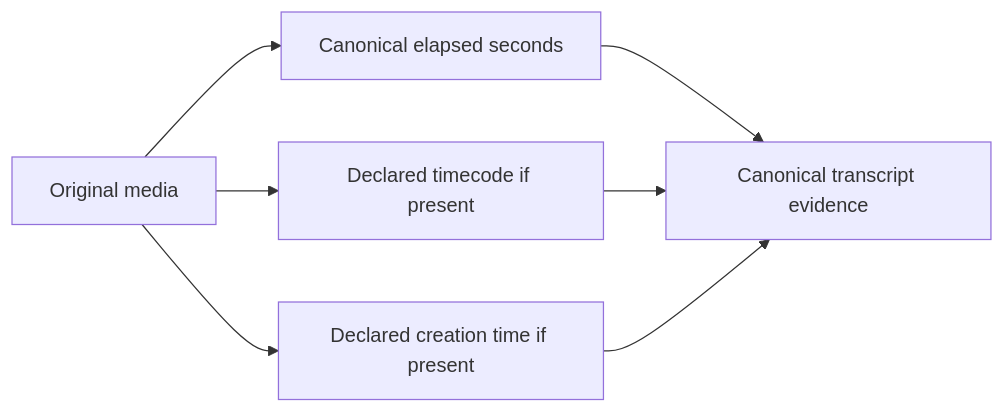
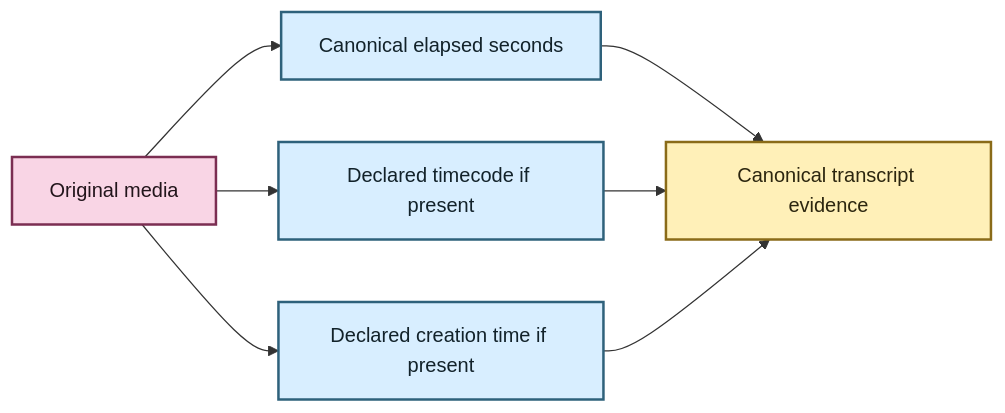
One commit to SSD1805/EchoFlow changed the second of 2 diagrams in docs/time-navigation.md. Above: the diagram before and after it, drawn with Mermaid. The commit also changed other lines of this file, not shown here.

Commit message:
docs: refresh timeline guide for evidence cursor

````diff
--- a/docs/time-navigation.md
+++ b/docs/time-navigation.md
@@ -163,9 +162,17 @@
 ```mermaid
 flowchart LR
     A[Original media] --> B[Canonical elapsed seconds]
     A --> C[Declared timecode if present]
     A --> D[Declared creation time if present]
     B --> E[Canonical transcript evidence]
     C --> E
     D --> E
+
+    classDef source fill:#F9D5E5,stroke:#7B2E52,stroke-width:2px,color:#22151B
+    classDef evidence fill:#FFF0B8,stroke:#8A6B18,stroke-width:2px,color:#2C260F
+    classDef inspect fill:#D8EEFF,stroke:#2E617B,stroke-width:2px,color:#12222A
+
+    class A source
+    class B,C,D inspect
+    class E evidence
 ```
````
